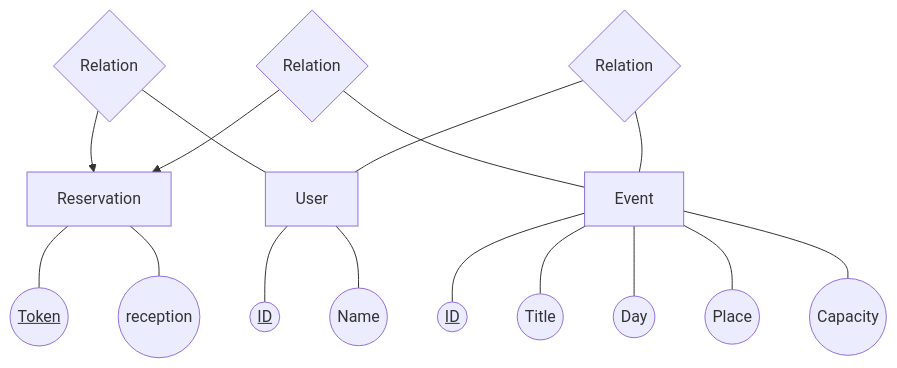
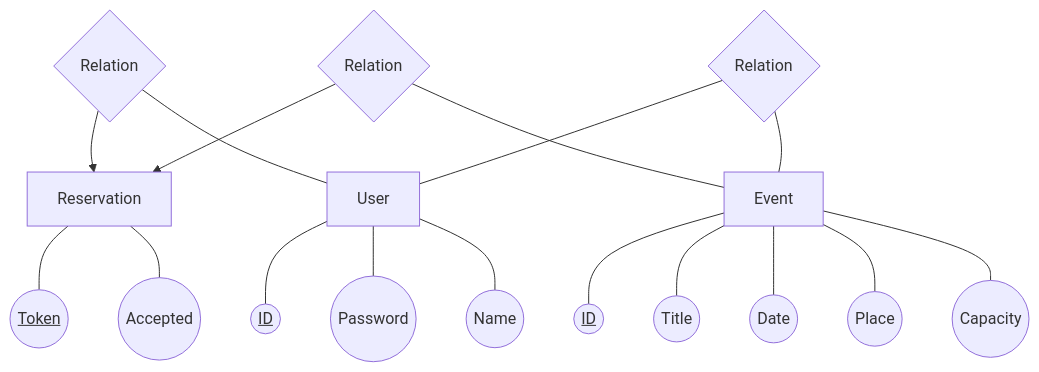
The diagram in ermodel.md (yugure-y/le4db), drawn with Mermaid before and after one commit. The commit also changed 6 other files, not shown here.

````diff
--- a/ermodel.md
+++ b/ermodel.md
@@ -1,44 +1,46 @@
 ```mermaid
 graph TB;
 
 rel1{Relation};
 rel2{Relation};
 rel3{Relation};
 
 user[User];
 id((<u>ID</u>));
+password((Password));;
 name((Name));
 
 reservation[Reservation];
 token((<u>Token</u>));
-reception((reception));
+accepted((Accepted));
 
 event[Event];
 eventID((<u>ID</u>));
 title((Title));
-day((Day));
+date((Date));
 detail((Place));
 capacity((Capacity));
 
 user --- id
+user --- password
 user --- name
 
 reservation --- token
-reservation --- reception
+reservation --- accepted
 
 event --- eventID
 event --- title
-event --- day
+event --- date
 event --- detail
 event --- capacity
 
 rel1 --> reservation
 rel1 --- user
 
 rel2 --> reservation
 rel2 --- event
 
 rel3 --- user
 rel3 --- event
 
 ```
````
